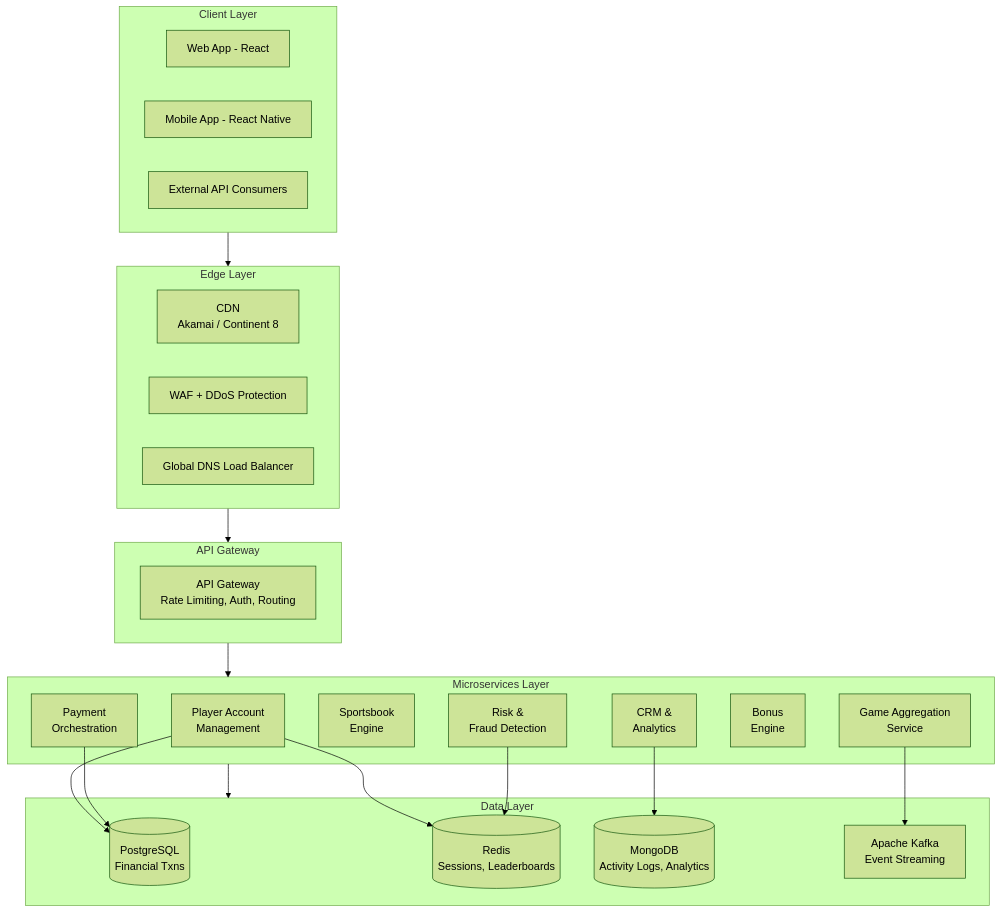
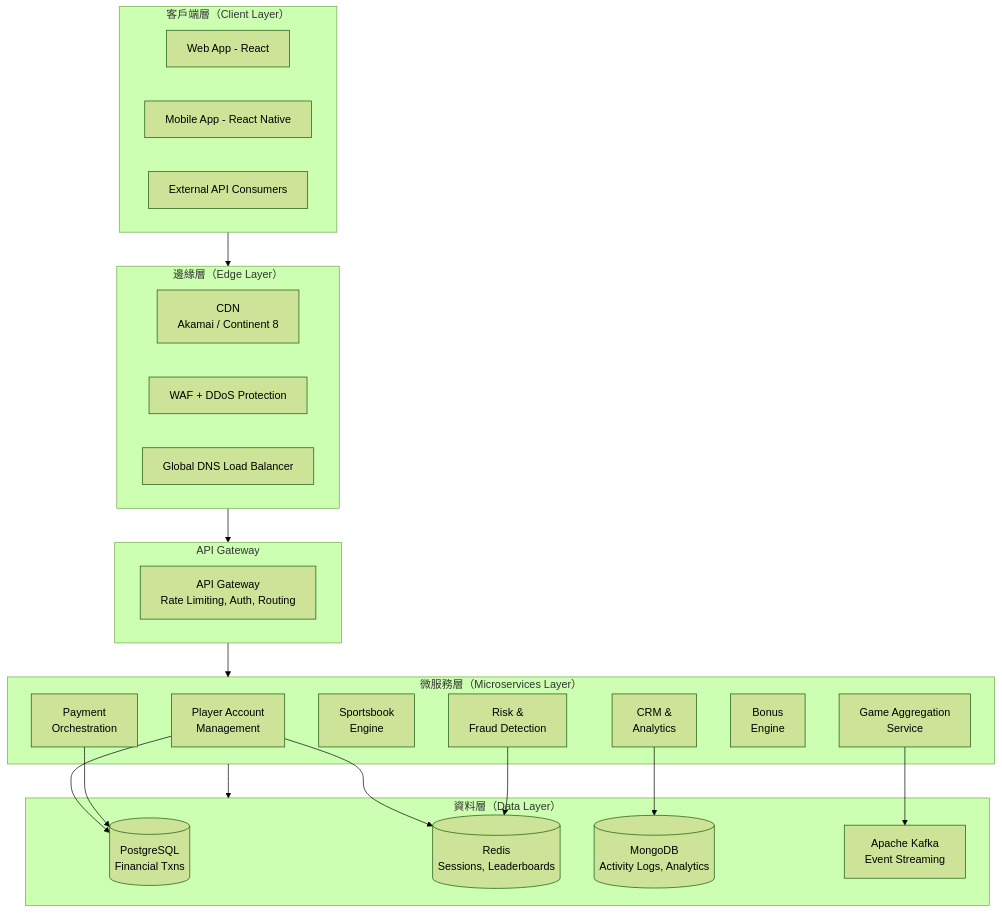
The first of 12 diagrams in docs/iGaming/architecture/00_Overview/Platform_Architecture.md (ron03wlb/smart-admin), drawn with Mermaid (forest theme) before and after one commit. The commit also changed other lines of this file, not shown here.

First line of the commit message:
docs(iGaming): translate Platform_Architecture.md to Traditional Chinese

````diff
--- a/docs/iGaming/architecture/00_Overview/Platform_Architecture.md
+++ b/docs/iGaming/architecture/00_Overview/Platform_Architecture.md
@@ -14,44 +14,44 @@
 ```mermaid
 graph TB
-    subgraph Client["Client Layer"]
+    subgraph Client["客戶端層（Client Layer）"]
         WEB[Web App - React]
         MOB[Mobile App - React Native]
         API_EXT[External API Consumers]
     end
 
-    subgraph Edge["Edge Layer"]
+    subgraph Edge["邊緣層（Edge Layer）"]
         CDN[CDN<br/>Akamai / Continent 8]
         WAF[WAF + DDoS Protection]
         LB[Global DNS Load Balancer]
     end
 
     subgraph Gateway["API Gateway"]
         GW[API Gateway<br/>Rate Limiting, Auth, Routing]
     end
 
-    subgraph Services["Microservices Layer"]
+    subgraph Services["微服務層（Microservices Layer）"]
         PAM[Player Account<br/>Management]
         GAME[Game Aggregation<br/>Service]
         SPORTS[Sportsbook<br/>Engine]
         PAY[Payment<br/>Orchestration]
         CRM[CRM &<br/>Analytics]
         BONUS[Bonus<br/>Engine]
         RISK[Risk &<br/>Fraud Detection]
     end
 
-    subgraph Data["Data Layer"]
+    subgraph Data["資料層（Data Layer）"]
         PG[(PostgreSQL<br/>Financial Txns)]
         REDIS[(Redis<br/>Sessions, Leaderboards)]
         MONGO[(MongoDB<br/>Activity Logs, Analytics)]
         KAFKA[Apache Kafka<br/>Event Streaming]
     end
 
     Client --> Edge --> Gateway --> Services
     Services --> Data
     PAM --> PG
     PAM --> REDIS
     GAME --> KAFKA
     PAY --> PG
     CRM --> MONGO
     RISK --> REDIS
 ```
````
